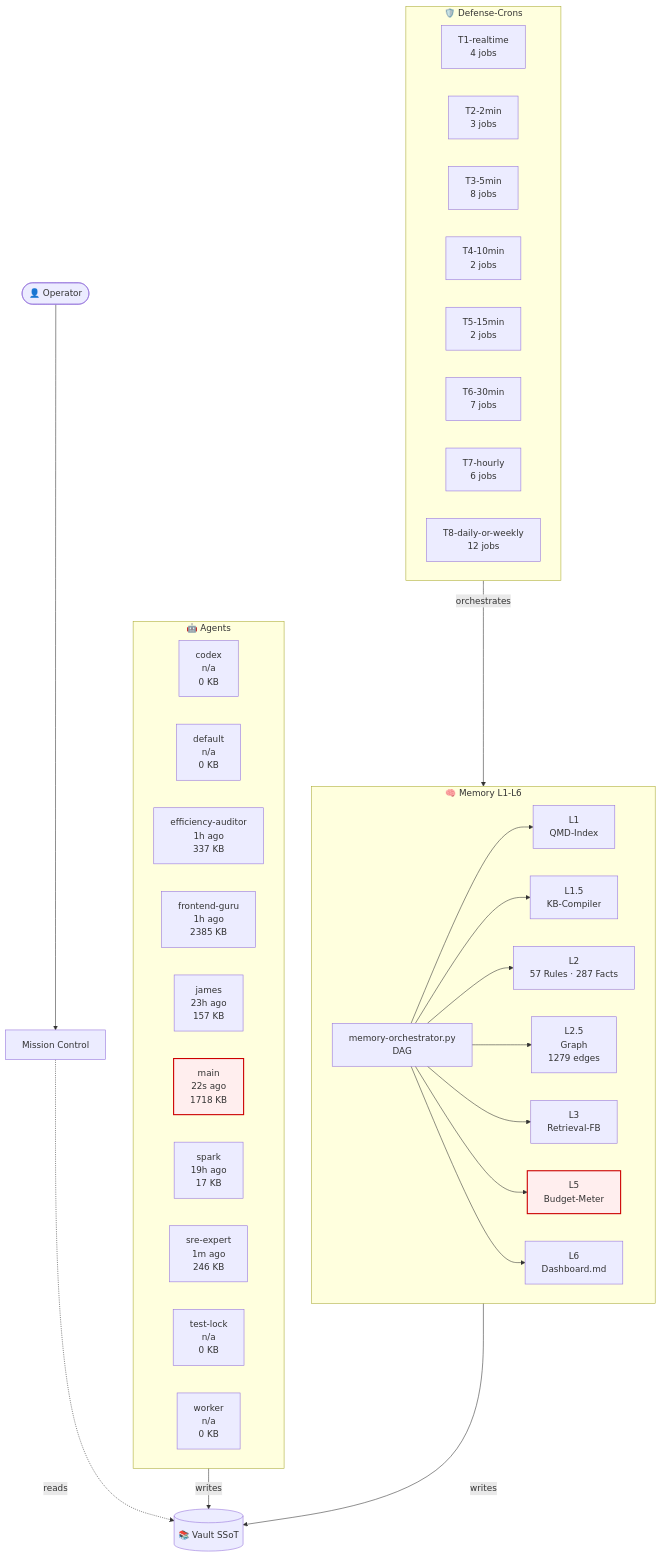
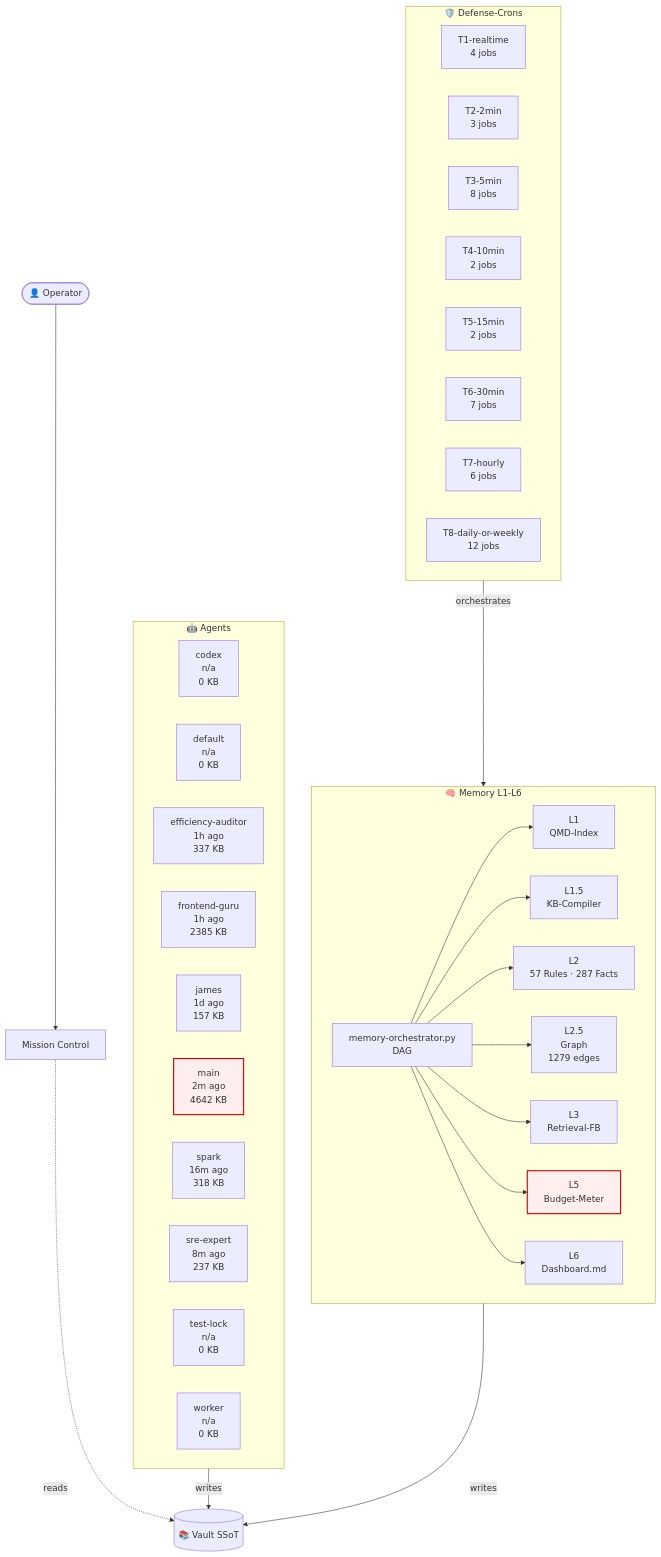
The diagram in 03-Agents/architecture-live.md (lenardhuebner88-rgb/openclaw-memory), drawn with Mermaid before and after one commit. The commit also changed other lines of this file and 16 other files, not shown here.

````diff
--- a/03-Agents/architecture-live.md
+++ b/03-Agents/architecture-live.md
@@ -18,53 +18,53 @@
 ```mermaid
 flowchart TB
     classDef critical fill:#fee,stroke:#c00,stroke-width:2px;
     subgraph AGT["🤖 Agents"]
         agent_codex["codex<br/>n/a<br/>0 KB"]
         agent_default["default<br/>n/a<br/>0 KB"]
         agent_efficiency_auditor["efficiency-auditor<br/>1h ago<br/>337 KB"]
         agent_frontend_guru["frontend-guru<br/>1h ago<br/>2385 KB"]
-        agent_james["james<br/>23h ago<br/>157 KB"]
-        agent_main["main<br/>22s ago<br/>1718 KB"]
-        agent_spark["spark<br/>19h ago<br/>17 KB"]
-        agent_sre_expert["sre-expert<br/>1m ago<br/>246 KB"]
+        agent_james["james<br/>1d ago<br/>157 KB"]
+        agent_main["main<br/>2m ago<br/>4642 KB"]
+        agent_spark["spark<br/>16m ago<br/>318 KB"]
+        agent_sre_expert["sre-expert<br/>8m ago<br/>237 KB"]
         agent_test_lock["test-lock<br/>n/a<br/>0 KB"]
         agent_worker["worker<br/>n/a<br/>0 KB"]
     end
     subgraph MEM["🧠 Memory L1-L6"]
         L1["L1<br/>QMD-Index"]
         L15["L1.5<br/>KB-Compiler"]
         L2["L2<br/>57 Rules · 287 Facts"]
         L25["L2.5<br/>Graph<br/>1279 edges"]
         L3["L3<br/>Retrieval-FB"]
         L5["L5<br/>Budget-Meter"]
         L6["L6<br/>Dashboard.md"]
         ORCH["memory-orchestrator.py<br/>DAG"]
     end
     subgraph CRN["🛡️ Defense-Crons"]
         tier_T1_realtime["T1-realtime<br/>4 jobs"]
         tier_T2_2min["T2-2min<br/>3 jobs"]
         tier_T3_5min["T3-5min<br/>8 jobs"]
         tier_T4_10min["T4-10min<br/>2 jobs"]
         tier_T5_15min["T5-15min<br/>2 jobs"]
         tier_T6_30min["T6-30min<br/>7 jobs"]
         tier_T7_hourly["T7-hourly<br/>6 jobs"]
         tier_T8_daily_or_weekly["T8-daily-or-weekly<br/>12 jobs"]
     end
     VAULT[("📚 Vault SSoT")]
     OP([👤 Operator])
     MC["Mission Control"]
     OP --> MC
     MC -.reads.-> VAULT
     AGT -->|writes| VAULT
     MEM -->|writes| VAULT
     ORCH --> L1
     ORCH --> L15
     ORCH --> L2
     ORCH --> L25
     ORCH --> L3
     ORCH --> L5
     ORCH --> L6
     CRN -->|orchestrates| MEM
     class L5 critical
     class agent_main critical
 ```
````
